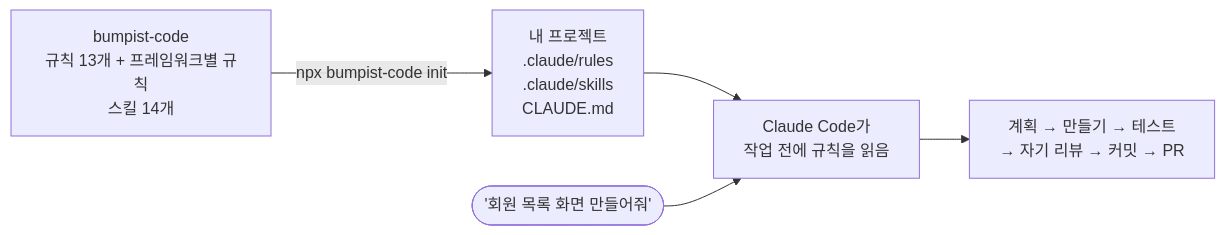
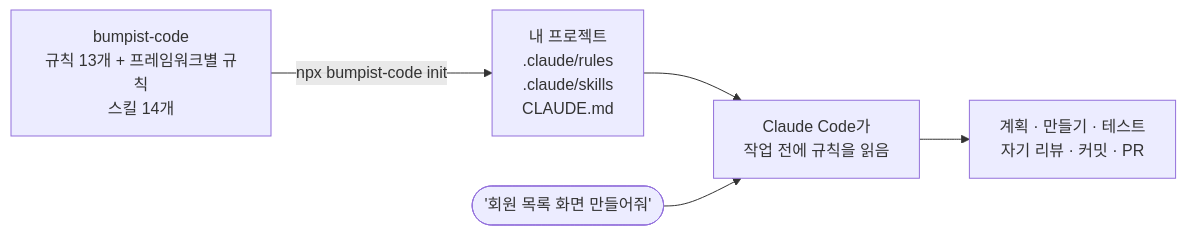
The diagram in README.md (parksubeom/bumpist-code), drawn with Mermaid before and after one commit. The commit also changed other lines of this file, not shown here.

````diff
--- a/README.md
+++ b/README.md
@@ -39,7 +71,7 @@
 ```mermaid
 flowchart LR
   hub["bumpist-code<br/>규칙 13개 + 프레임워크별 규칙<br/>스킬 14개"] -- "npx bumpist-code init" --> proj["내 프로젝트<br/>.claude/rules<br/>.claude/skills<br/>CLAUDE.md"]
   proj --> claude["Claude Code가<br/>작업 전에 규칙을 읽음"]
   you(["'회원 목록 화면 만들어줘'"]) --> claude
-  claude --> flow["계획 → 만들기 → 테스트<br/>→ 자기 리뷰 → 커밋 → PR"]
+  claude --> flow["계획 · 만들기 · 테스트<br/>자기 리뷰 · 커밋 · PR"]
 ```
````
